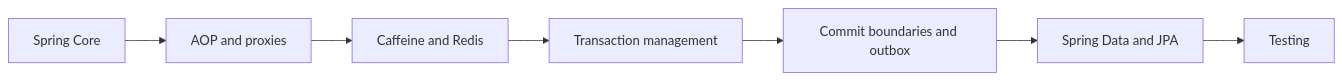
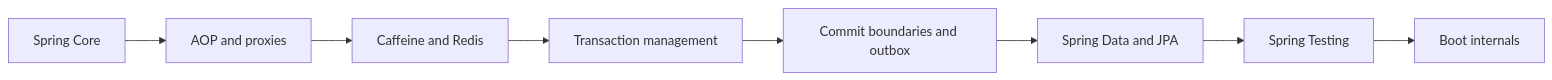
One commit to alimbetov/obsidian changed the diagram in 01_MAPS/Spring Map.md. Above: the diagram before and after it, drawn with Mermaid. The commit also changed other lines of this file, not shown here.

Commit message:
Publish Spring Testing route in Spring Map

````diff
--- a/01_MAPS/Spring Map.md
+++ b/01_MAPS/Spring Map.md
@@ -21,9 +22,10 @@
 ```mermaid
 flowchart LR
     CORE[Spring Core] --> AOP[AOP and proxies]
     AOP --> CACHE[Caffeine and Redis]
     CACHE --> TX[Transaction management]
     TX --> OUTBOX[Commit boundaries and outbox]
     OUTBOX --> DATA[Spring Data and JPA]
-    DATA --> TEST[Testing]
+    DATA --> TEST[Spring Testing]
+    TEST --> BOOT[Boot internals]
 ```
````
